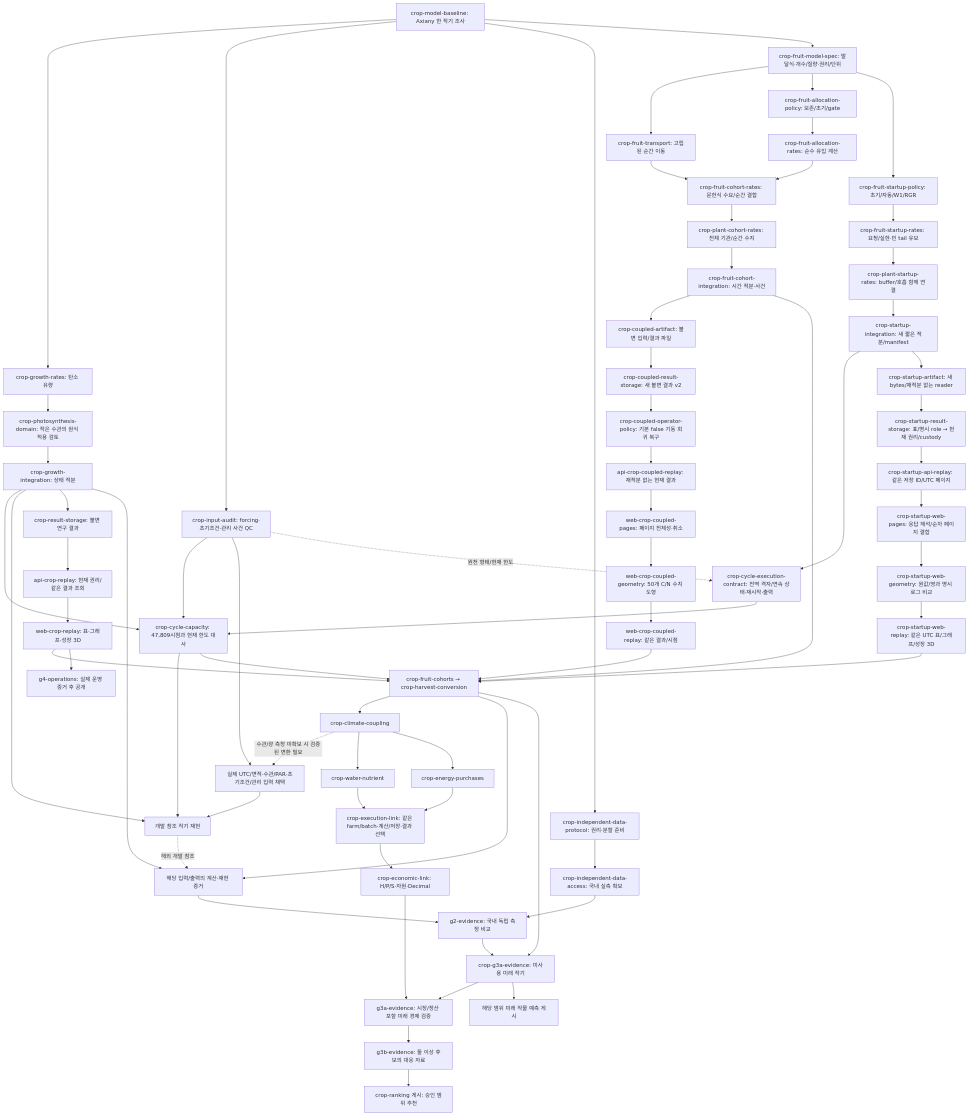
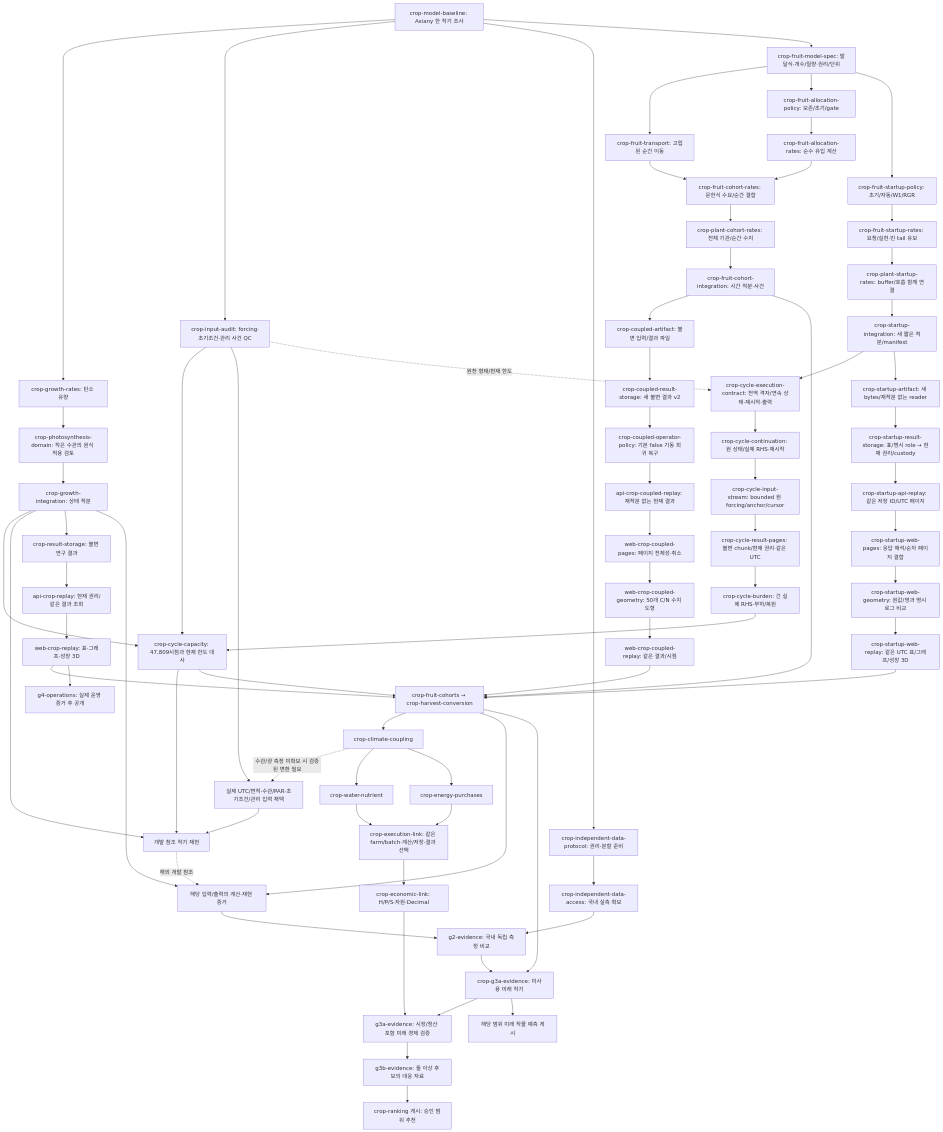
The first of 2 diagrams in tasks/plan.md (KIMSUNGHOON/OpenSmartFarmSim), drawn with Mermaid before and after one commit. The commit also changed other lines of this file and 8 other files, not shown here.

Commit message:
docs: accept cycle execution contract and plan state continuation

````diff
--- a/tasks/plan.md
+++ b/tasks/plan.md
@@ -100,71 +107,75 @@
 ```mermaid
 flowchart TD
   B["crop-model-baseline: Axiany 한 작기 조사"] --> R["crop-growth-rates: 탄소 유량"]
   B --> Q["crop-input-audit: forcing·초기조건·관리 사건 QC"]
   B --> AP["crop-independent-data-protocol: 권리·분할 준비"]
   AP --> A["crop-independent-data-access: 국내 실측 확보"]
   R --> D["crop-photosynthesis-domain: 작은 수관의 원식 적용 검토"]
   D --> I["crop-growth-integration: 상태 적분"]
   Q --> CAP["crop-cycle-capacity: 47,809시점과 현재 한도 대사"]
   I --> CAP
   CAP --> X["개발 참조 작기 재현"]
   Q --> AQ["실제 UTC/면적·수관/PAR·초기조건/관리 입력 채택"]
   AQ --> X
   I --> X
   I --> S["crop-result-storage: 불변 연구 결과"]
   S --> API["api-crop-replay: 현재 권리/같은 결과 조회"]
   API --> V["web-crop-replay: 표·그래프·성장 3D"]
   B --> FM["crop-fruit-model-spec: 발달식·개수/질량·권리/단위"]
   FM --> FT["crop-fruit-transport: 고립된 순간 이동"]
   FM --> FP["crop-fruit-allocation-policy: 보존/초기/gate"]
   FT --> CR["crop-fruit-cohort-rates: 문헌식 수요/순간 결합"]
   FP --> FA["crop-fruit-allocation-rates: 순수 유입 계산"]
   FA --> CR
   CR --> PC["crop-plant-cohort-rates: 전체 기관/순간 수지"]
   PC --> CI["crop-fruit-cohort-integration: 시간 적분·사건"]
   CI --> AF["crop-coupled-artifact: 불변 입력/결과 파일"]
   AF --> CS["crop-coupled-result-storage: 새 불변 결과 v2"]
   CS --> CP["crop-coupled-operator-policy: 기본 false 기동 회귀 복구"]
   CP --> CA["api-crop-coupled-replay: 재적분 없는 현재 결과"]
   CA --> WP["web-crop-coupled-pages: 페이지 전체성·취소"]
   WP --> WG["web-crop-coupled-geometry: 50개 C/N 수치 도형"]
   WG --> CV["web-crop-coupled-replay: 같은 결과/시점"]
   FM --> ST["crop-fruit-startup-policy: 초기/자동/W1/RGR"]
   ST --> SA["crop-fruit-startup-rates: 요청/실현·빈 tail 유보"]
   SA --> SC["crop-plant-startup-rates: buffer/호흡 함께 연결"]
   SC --> SI["crop-startup-integration: 새 짧은 적분/manifest"]
   SI --> CC["crop-cycle-execution-contract: 전역 격자/연속 상태·재시작·출력"]
   Q -. 원천 형태/현재 한도 .-> CC
-  CC --> CAP
+  CC --> CONT["crop-cycle-continuation: 원 상태/실제 RHS·재시작"]
+  CONT --> STREAM["crop-cycle-input-stream: bounded 원 forcing/anchor/cursor"]
+  STREAM --> PAGES["crop-cycle-result-pages: 불변 chunk/현재 권리·같은 UTC"]
+  PAGES --> BURDEN["crop-cycle-burden: 긴 실제 RHS·부하/복원"]
+  BURDEN --> CAP
   SI --> SF["crop-startup-artifact: 새 bytes/재적분 없는 reader"]
   SF --> SS["crop-startup-result-storage: 표/명시 role → 현재 권리/custody"]
   SS --> SP["crop-startup-api-replay: 같은 저장 ID/UTC 페이지"]
   SP --> SD["crop-startup-web-pages: 응답 해석/순차 페이지 결합"]
   SD --> SG["crop-startup-web-geometry: 원값/영과 명시 로그 비교"]
   SG --> SL["crop-startup-web-replay: 같은 UTC 표/그래프/성장 3D"]
   CI --> F["crop-fruit-cohorts → crop-harvest-conversion"]
   SL --> F
   CAP --> F
   V --> F
   CV --> F
   F --> C["crop-climate-coupling"]
   C -. 수관/광 측정 미확보 시 검증된 변환 필요 .-> AQ
   C --> W["crop-water-nutrient"]
   C --> E["crop-energy-purchases"]
   W --> L["crop-execution-link: 같은 farm/batch·계산/저장·결과 선택"]
   E --> L
   L --> M["crop-economic-link: H/P/S·자원·Decimal"]
   A --> G2["g2-evidence: 국내 독립 측정 비교"]
   I --> CALC["해당 입력/출력의 계산·재현 증거"]
   F --> CALC
   X -. 해외 개발 참조 .-> CALC
   CALC --> G2
   G2 --> G3A["crop-g3a-evidence: 미사용 미래 작기"]
   F --> G3A
   M --> EC["g3a-evidence: 시장/정산 포함 미래 경제 검증"]
   G3A --> EC
   G3A --> P["해당 범위 미래 작물 예측 게시"]
   EC --> PAIR["g3b-evidence: 둘 이상 후보의 대응 자료"]
   PAIR --> REC["crop-ranking 게시: 승인 범위 추천"]
   V --> PUB["g4-operations: 실제 운영 증거 후 공개"]
 ```
````
